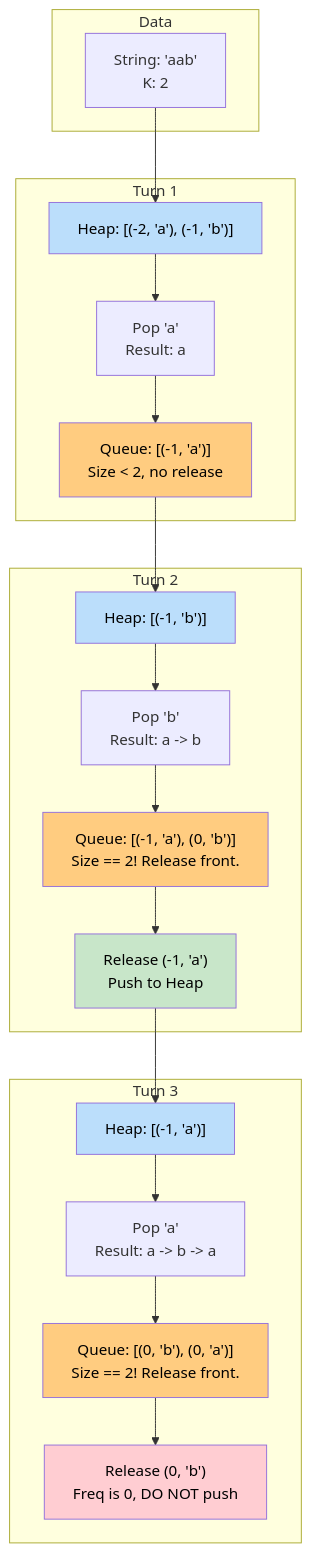
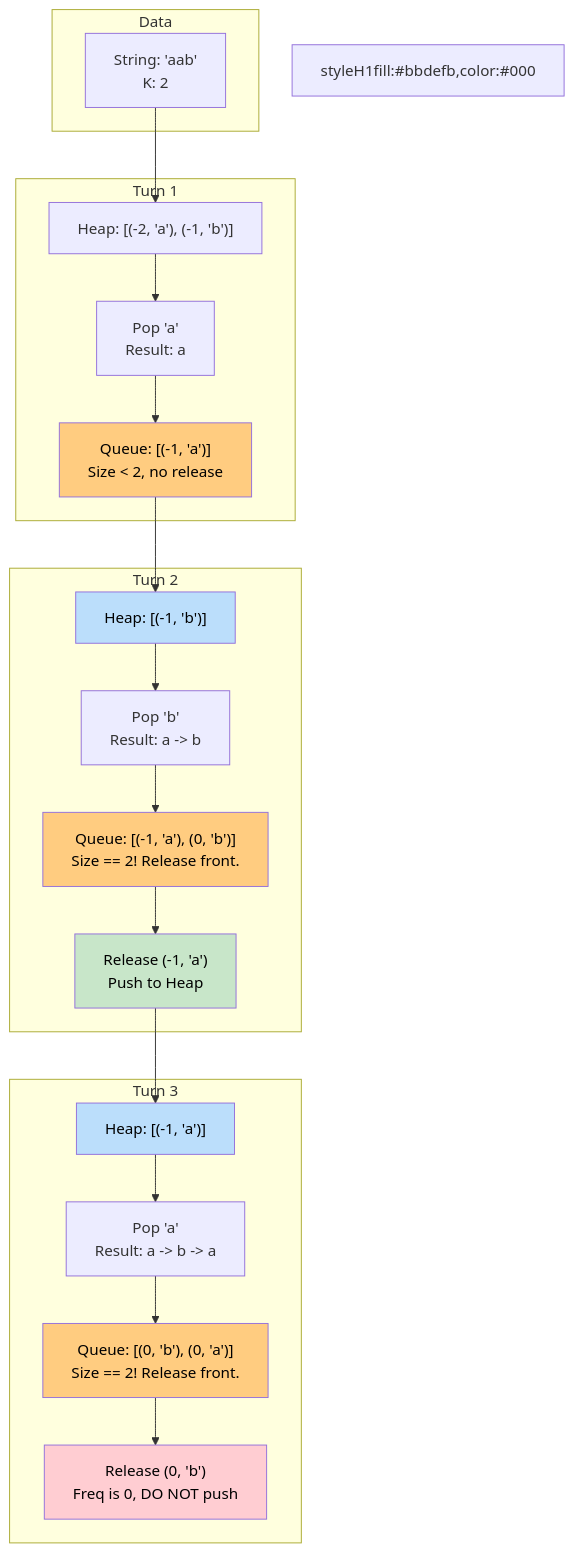
Before and after one commit to vadde/DSA: the diagram in 19 - Top K Elements/problem_12_rearrange_string_k_distance_walkthrough.md, drawn with Mermaid. The commit also changed 245 other files, not shown here.

First line of the commit message:
fix: Forensic fix of all Mermaid rendering issues across entire DSA repo + add pre-commit validation infrastructure

````diff
--- a/19 - Top K Elements/problem_12_rearrange_string_k_distance_walkthrough.md
+++ b/19 - Top K Elements/problem_12_rearrange_string_k_distance_walkthrough.md
@@ -72,49 +72,49 @@
 ```mermaid
 flowchart TD
     subgraph Data
         A["String: 'aab'\nK: 2"]
     end
     
-    subgraph Turn 1
+    subgraph Turn1 [Turn 1]
         H1["Heap: [(-2, 'a'), (-1, 'b')]"]
         P1["Pop 'a'\nResult: a"]
         Q1["Queue: [(-1, 'a')]\nSize < 2, no release"]
     end
     
-    subgraph Turn 2
+    subgraph Turn2 [Turn 2]
         H2["Heap: [(-1, 'b')]"]
         P2["Pop 'b'\nResult: a -> b"]
         Q2["Queue: [(-1, 'a'), (0, 'b')]\nSize == 2! Release front."]
         R2["Release (-1, 'a')\nPush to Heap"]
     end
     
-    subgraph Turn 3
+    subgraph Turn3 [Turn 3]
         H3["Heap: [(-1, 'a')]"]
         P3["Pop 'a'\nResult: a -> b -> a"]
         Q3["Queue: [(0, 'b'), (0, 'a')]\nSize == 2! Release front."]
         R3["Release (0, 'b')\nFreq is 0, DO NOT push"]
     end
-    
-    A --> H1
-    H1 --> P1
+
+A --> H1
+H1 --> P1
     P1 --> Q1
-    
-    Q1 --> H2
+
+Q1 --> H2
     H2 --> P2
-    P2 --> Q2
+P2 --> Q2
     Q2 --> R2
-    
-    R2 --> H3
+
+R2 --> H3
     H3 --> P3
-    P3 --> Q3
+P3 --> Q3
     Q3 --> R3
-    
-    style H1 fill:#bbdefb,color:#000
+
+styleH1fill:#bbdefb,color:#000
     style Q1 fill:#ffcc80,color:#000
     style H2 fill:#bbdefb,color:#000
     style Q2 fill:#ffcc80,color:#000
     style R2 fill:#c8e6c9,color:#000
     style H3 fill:#bbdefb,color:#000
     style Q3 fill:#ffcc80,color:#000
     style R3 fill:#ffcdd2,color:#000
 ```
````
